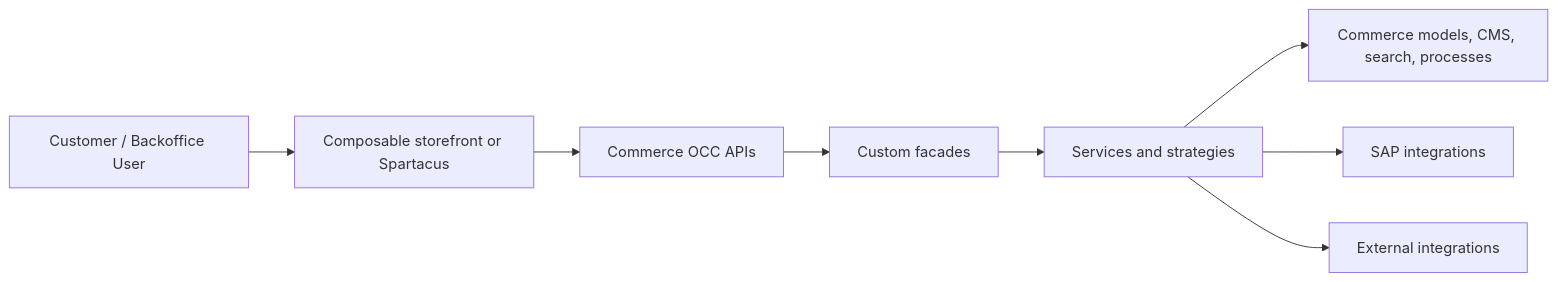
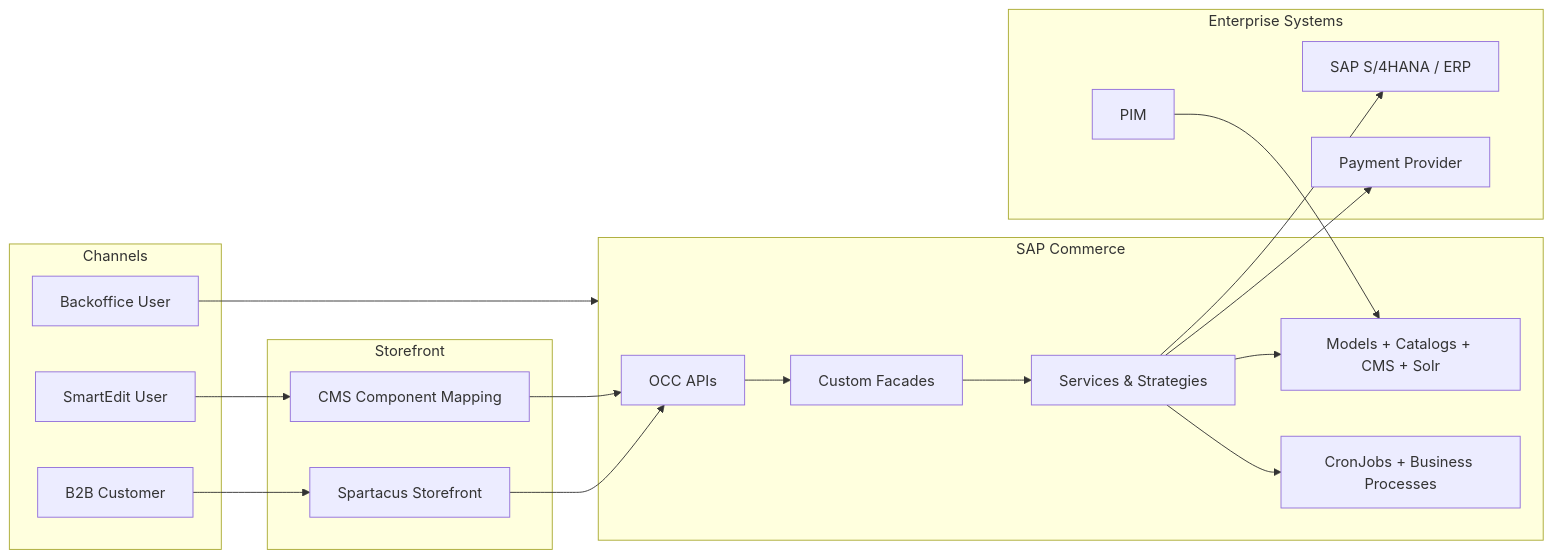
One commit to SrinivasYellapantula/sap-commerce-agent-skills changed the seventh of 7 diagrams in .agents/skills/sap-commerce-project-analyser/references/report-shape.md. Above: the diagram before and after it, drawn with Mermaid. The commit also changed other lines of this file, not shown here.

Commit message:
Replace project analysis report shape

````diff
--- a/.agents/skills/sap-commerce-project-analyser/references/report-shape.md
+++ b/.agents/skills/sap-commerce-project-analyser/references/report-shape.md
@@ -23,10 +972,40 @@
 ```mermaid
 flowchart LR
-  U["Customer / Backoffice User"] --> SF["Composable storefront or Spartacus"]
-  SF --> OCC["Commerce OCC APIs"]
-  OCC --> F["Custom facades"]
-  F --> S["Services and strategies"]
-  S --> M["Commerce models, CMS, search, processes"]
-  S --> SAP["SAP integrations"]
-  S --> EXT["External integrations"]
+    subgraph Channels["Channels"]
+        B2BUser["B2B Customer"]
+        Admin["Backoffice User"]
+        ContentUser["SmartEdit User"]
+    end
+
+    subgraph Frontend["Storefront"]
+        SF["Spartacus Storefront\n<actual app/site name>"]
+        CMSMap["CMS Component Mapping\n<custom components>"]
+    end
+
+    subgraph Commerce["SAP Commerce"]
+        OCC["OCC APIs\n<custom endpoint families>"]
+        Facade["Custom Facades\n<cart/order/report/product>"]
+        Service["Services & Strategies\n<pricing, checkout, integration>"]
+        Data["Models + Catalogs + CMS + Solr"]
+        Process["CronJobs + Business Processes"]
+    end
+
+    subgraph Enterprise["Enterprise Systems"]
+        ERP["SAP S/4HANA / ERP\n<order, price, stock, invoice>"]
+        PIM["PIM\n<product master>"]
+        PSP["Payment Provider"]
+    end
+
+    B2BUser --> SF
+    ContentUser --> CMSMap
+    Admin --> Commerce
+    SF --> OCC
+    CMSMap --> OCC
+    OCC --> Facade
+    Facade --> Service
+    Service --> Data
+    Service --> Process
+    Service --> ERP
+    PIM --> Data
+    Service --> PSP
 ```
````
